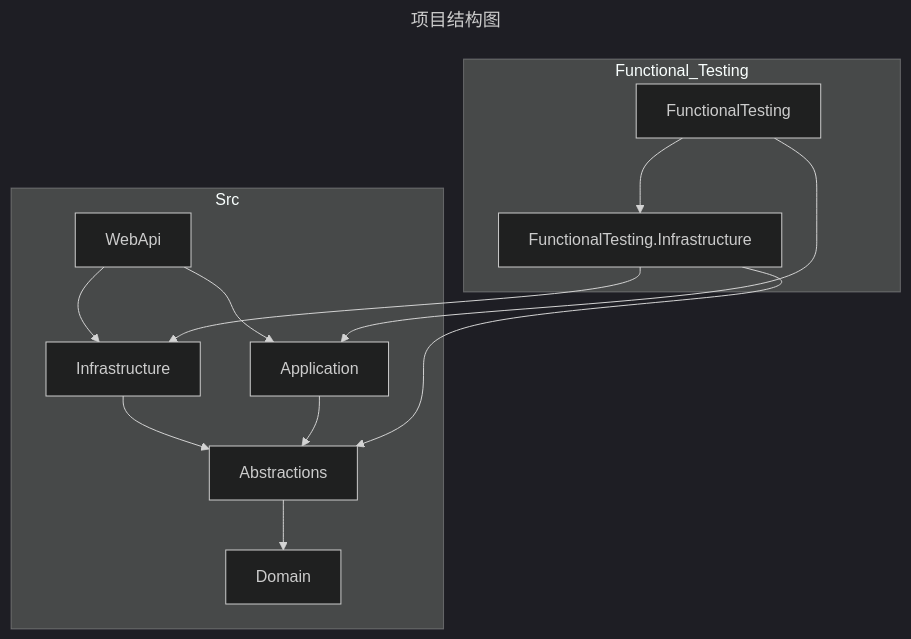
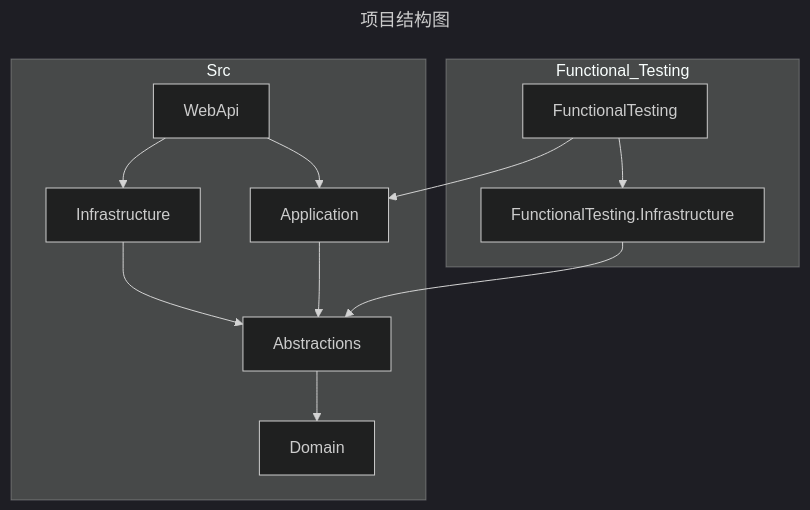
One commit to tsctsc6/MusicManagementDemo changed the first of 2 diagrams in README.md. Above: the diagram before and after it, drawn with Mermaid (dark theme).

````diff
--- a/README.md
+++ b/README.md
@@ -38,20 +38,19 @@
 ```mermaid
 ---
 title: 项目结构图
 ---
 flowchart TD
     subgraph Src
     WebApi --> Infrastructure
     WebApi --> Application
     Infrastructure --> Abstractions
     Application --> Abstractions
     Abstractions --> Domain
     end
 
     subgraph Functional_Testing
     FunctionalTesting --> FunctionalTesting.Infrastructure
     FunctionalTesting --> Application
-    FunctionalTesting.Infrastructure --> Infrastructure
     FunctionalTesting.Infrastructure --> Abstractions
     end
 ```
````
